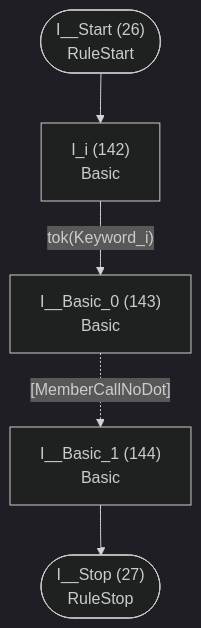
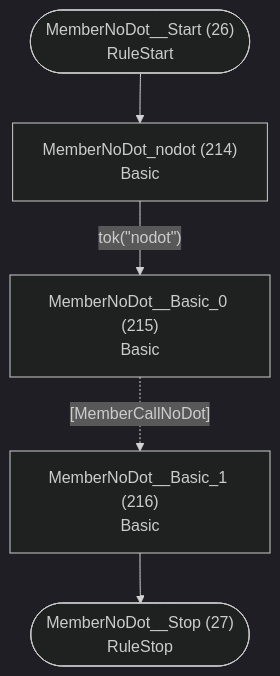
Diagram 14 of 46 in internal/languages/completion/atn.md (TypeFox/fastbelt), drawn with Mermaid (dark theme) before and after one commit. The commit also changed other lines of this file and 58 other files, not shown here.

````diff
--- a/internal/languages/completion/atn.md
+++ b/internal/languages/completion/atn.md
@@ -349,13 +414,13 @@
 ```mermaid
 flowchart TD
-    q26(["I__Start (26)<br/>RuleStart"])
-    q27(["I__Stop (27)<br/>RuleStop"])
-    q142["I_i (142)<br/>Basic<br/>"]
-    q143["I__Basic_0 (143)<br/>Basic<br/>"]
-    q144["I__Basic_1 (144)<br/>Basic<br/>"]
+    q26(["MemberNoDot__Start (26)<br/>RuleStart"])
+    q27(["MemberNoDot__Stop (27)<br/>RuleStop"])
+    q214["MemberNoDot_nodot (214)<br/>Basic<br/>"]
+    q215["MemberNoDot__Basic_0 (215)<br/>Basic<br/>"]
+    q216["MemberNoDot__Basic_1 (216)<br/>Basic<br/>"]
 
-    q26 --> q142
-    q142 -->|"tok(Keyword_i)"| q143
-    q143 -.->|"[MemberCallNoDot]"| q144
-    q144 --> q27
+    q26 --> q214
+    q214 -->|"tok(&quot;nodot&quot;)"| q215
+    q215 -.->|"[MemberCallNoDot]"| q216
+    q216 --> q27
 ```
````
